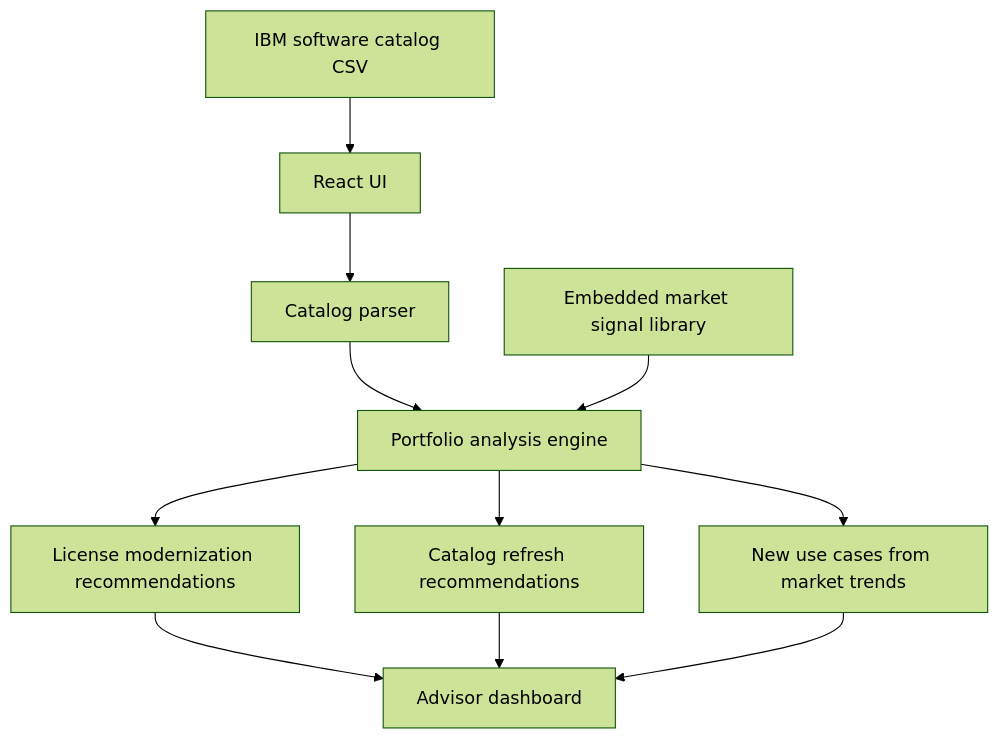
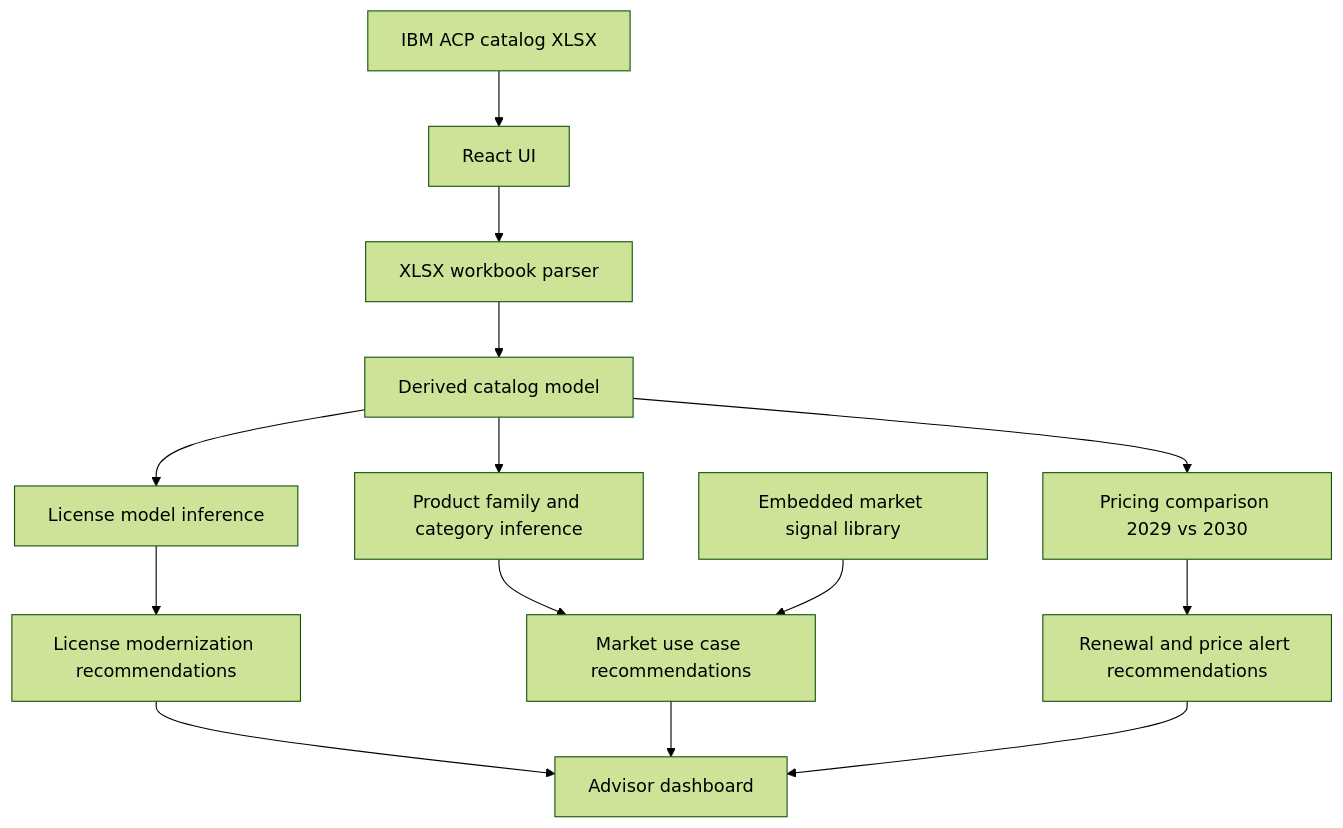
One commit to philippefabryw-bot/watsonxchallengehorizon2 changed the diagram in README.md. Above: the diagram before and after it, drawn with Mermaid (forest theme). The commit also changed other lines of this file and 280 other files, not shown here.

Commit message:
updated to use real example of catalog as input/schema

````diff
--- a/README.md
+++ b/README.md
@@ -23,13 +35,16 @@
 ```mermaid
 flowchart TD
-    A[IBM software catalog CSV] --> B[React UI]
-    B --> C[Catalog parser]
-    C --> D[Portfolio analysis engine]
-    D --> E[License modernization recommendations]
-    D --> F[Catalog refresh recommendations]
-    D --> G[New use cases from market trends]
-    H[Embedded market signal library] --> D
-    E --> I[Advisor dashboard]
-    F --> I
-    G --> I
+    A[IBM ACP catalog XLSX] --> B[React UI]
+    B --> C[XLSX workbook parser]
+    C --> D[Derived catalog model]
+    D --> E[License model inference]
+    D --> F[Product family and category inference]
+    D --> G[Pricing comparison 2029 vs 2030]
+    E --> H[License modernization recommendations]
+    F --> I[Market use case recommendations]
+    G --> J[Renewal and price alert recommendations]
+    K[Embedded market signal library] --> I
+    H --> L[Advisor dashboard]
+    I --> L
+    J --> L
 ```
````
